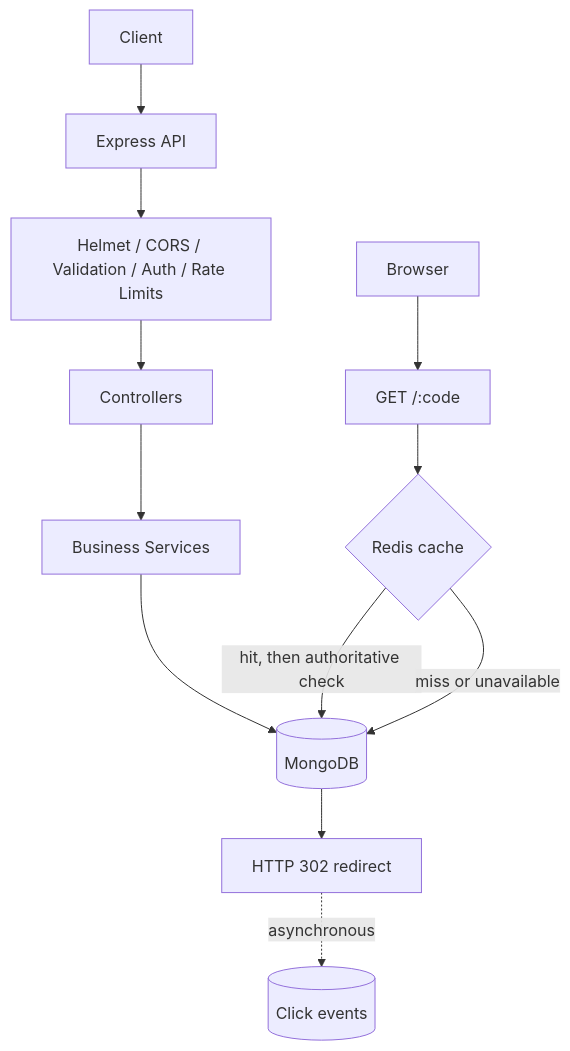
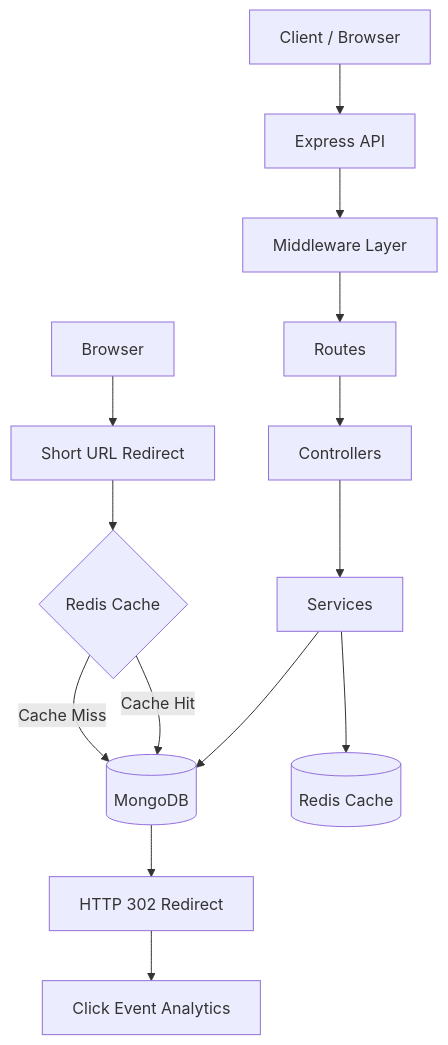
The first of 2 diagrams in README.md (arcadenarendra/URL-shortener-with-analytics), drawn with Mermaid before and after one commit. The commit also changed other lines of this file and 3 other files, not shown here.

````diff
--- a/README.md
+++ b/README.md
@@ -33,15 +71,21 @@
 ```mermaid
 flowchart TD
-    Client[Client] --> API[Express API]
-    API --> Middleware[Helmet / CORS / Validation / Auth / Rate Limits]
-    Middleware --> Controllers[Controllers]
-    Controllers --> Services[Business Services]
-    Services --> Mongo[(MongoDB)]
+    Client[Client / Browser] --> API[Express API]
 
-    Browser[Browser] --> Redirect[GET /:code]
-    Redirect --> Cache{Redis cache}
-    Cache -->|hit, then authoritative check| Mongo
-    Cache -->|miss or unavailable| Mongo
-    Mongo --> Response[HTTP 302 redirect]
-    Response -. asynchronous .-> Events[(Click events)]
+    API --> Middleware[Middleware Layer]
+    Middleware --> Routes[Routes]
+    Routes --> Controllers[Controllers]
+    Controllers --> Services[Services]
+
+    Services --> MongoDB[(MongoDB)]
+    Services --> Redis[(Redis Cache)]
+
+    Browser[Browser] --> Redirect[Short URL Redirect]
+    Redirect --> Cache{Redis Cache}
+
+    Cache -->|Cache Hit| MongoDB
+    Cache -->|Cache Miss| MongoDB
+
+    MongoDB --> Response[HTTP 302 Redirect]
+    Response --> Analytics[Click Event Analytics]
 ```
````
